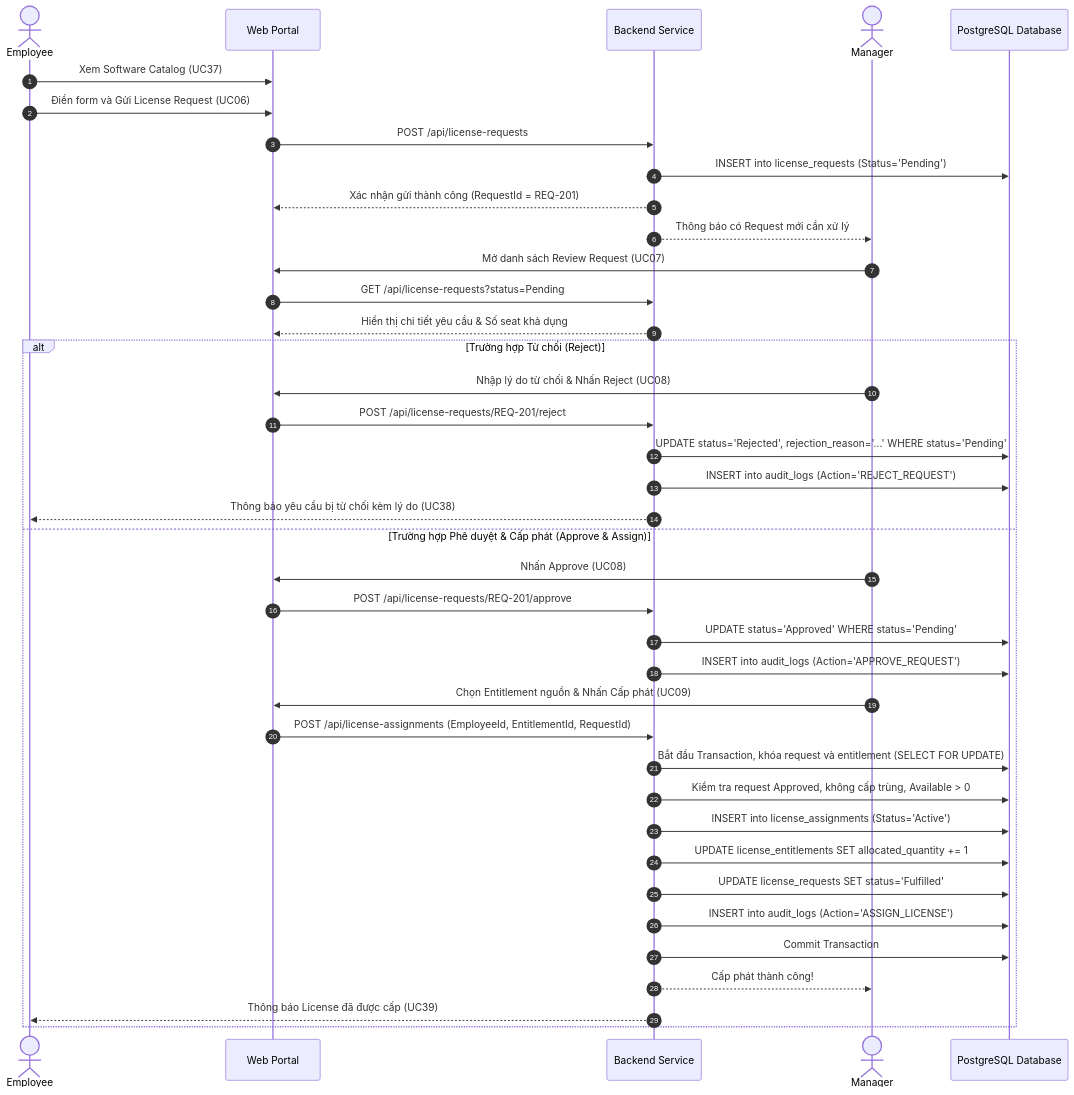
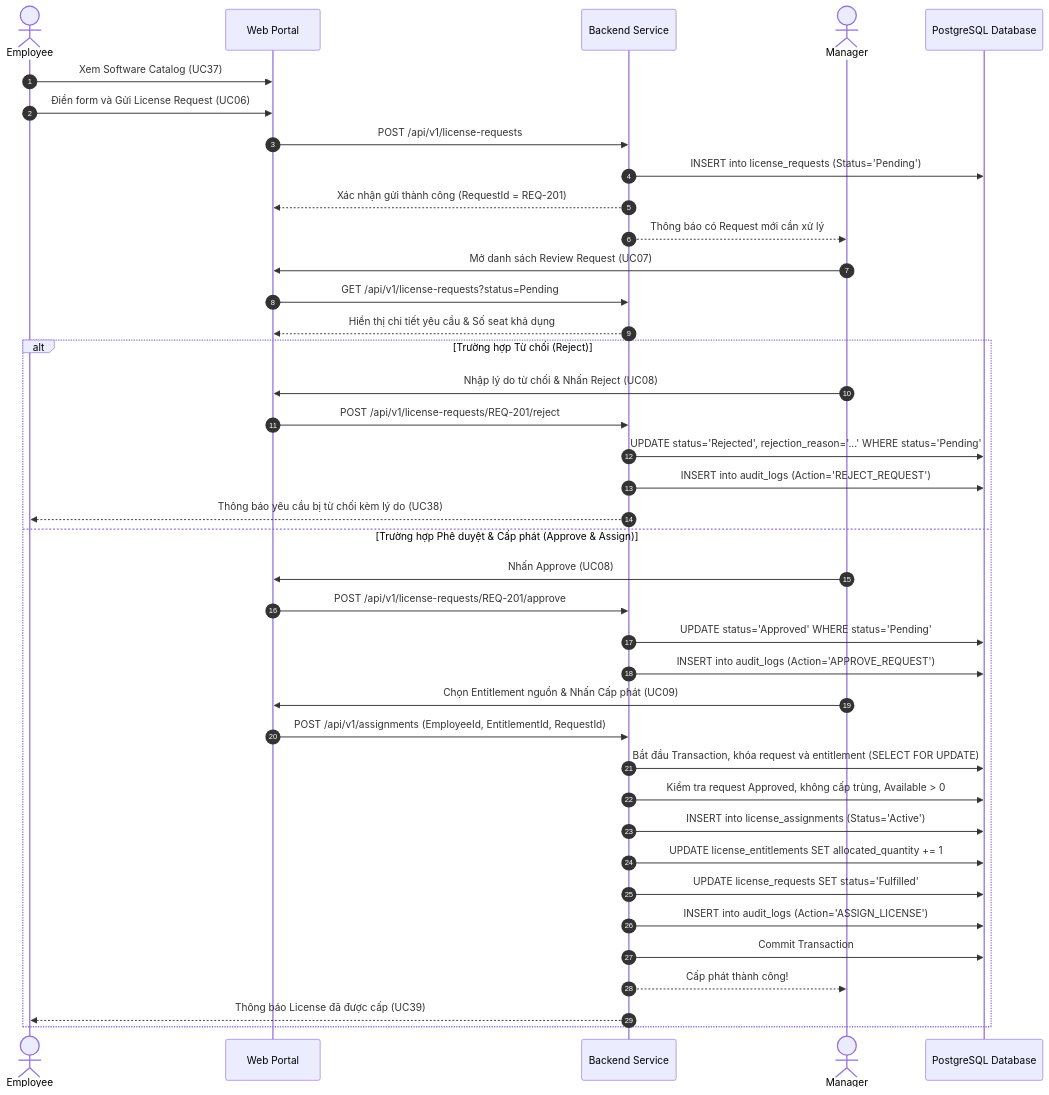
Before and after one commit to cuonglpv/VFast: the second of 3 diagrams in docs/02-use-cases.md, drawn with Mermaid. The commit also changed other lines of this file and 3 other files, not shown here.

````diff
--- a/docs/02-use-cases.md
+++ b/docs/02-use-cases.md
@@ -136,45 +136,45 @@
 ```mermaid
 sequenceDiagram
     autonumber
     actor Emp as Employee
     participant UI as Web Portal
     participant API as Backend Service
     actor Mgr as Manager
     participant DB as PostgreSQL Database
 
     Emp->>UI: Xem Software Catalog (UC37)
     Emp->>UI: Điền form và Gửi License Request (UC06)
-    UI->>API: POST /api/license-requests
+    UI->>API: POST /api/v1/license-requests
     API->>DB: INSERT into license_requests (Status='Pending')
     API-->>UI: Xác nhận gửi thành công (RequestId = REQ-201)
 
     API-->>Mgr: Thông báo có Request mới cần xử lý
     Mgr->>UI: Mở danh sách Review Request (UC07)
-    UI->>API: GET /api/license-requests?status=Pending
+    UI->>API: GET /api/v1/license-requests?status=Pending
     API-->>UI: Hiển thị chi tiết yêu cầu & Số seat khả dụng
 
     alt Trường hợp Từ chối (Reject)
         Mgr->>UI: Nhập lý do từ chối & Nhấn Reject (UC08)
-        UI->>API: POST /api/license-requests/REQ-201/reject
+        UI->>API: POST /api/v1/license-requests/REQ-201/reject
         API->>DB: UPDATE status='Rejected', rejection_reason='...' WHERE status='Pending'
         API->>DB: INSERT into audit_logs (Action='REJECT_REQUEST')
         API-->>Emp: Thông báo yêu cầu bị từ chối kèm lý do (UC38)
     else Trường hợp Phê duyệt & Cấp phát (Approve & Assign)
         Mgr->>UI: Nhấn Approve (UC08)
-        UI->>API: POST /api/license-requests/REQ-201/approve
+        UI->>API: POST /api/v1/license-requests/REQ-201/approve
         API->>DB: UPDATE status='Approved' WHERE status='Pending'
         API->>DB: INSERT into audit_logs (Action='APPROVE_REQUEST')
         
         Mgr->>UI: Chọn Entitlement nguồn & Nhấn Cấp phát (UC09)
-        UI->>API: POST /api/license-assignments (EmployeeId, EntitlementId, RequestId)
+        UI->>API: POST /api/v1/assignments (EmployeeId, EntitlementId, RequestId)
         API->>DB: Bắt đầu Transaction, khóa request và entitlement (SELECT FOR UPDATE)
         API->>DB: Kiểm tra request Approved, không cấp trùng, Available > 0
         API->>DB: INSERT into license_assignments (Status='Active')
         API->>DB: UPDATE license_entitlements SET allocated_quantity += 1
         API->>DB: UPDATE license_requests SET status='Fulfilled'
         API->>DB: INSERT into audit_logs (Action='ASSIGN_LICENSE')
         API->>DB: Commit Transaction
         API-->>Mgr: Cấp phát thành công!
         API-->>Emp: Thông báo License đã được cấp (UC39)
     end
 ```
````
